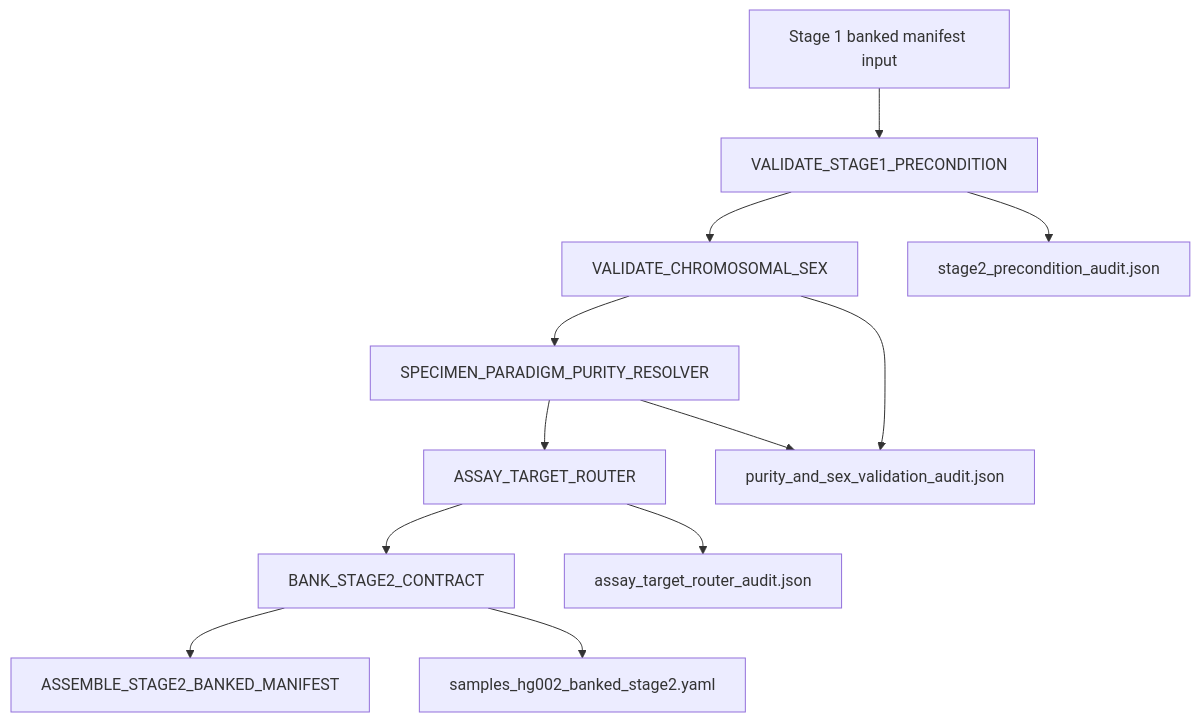
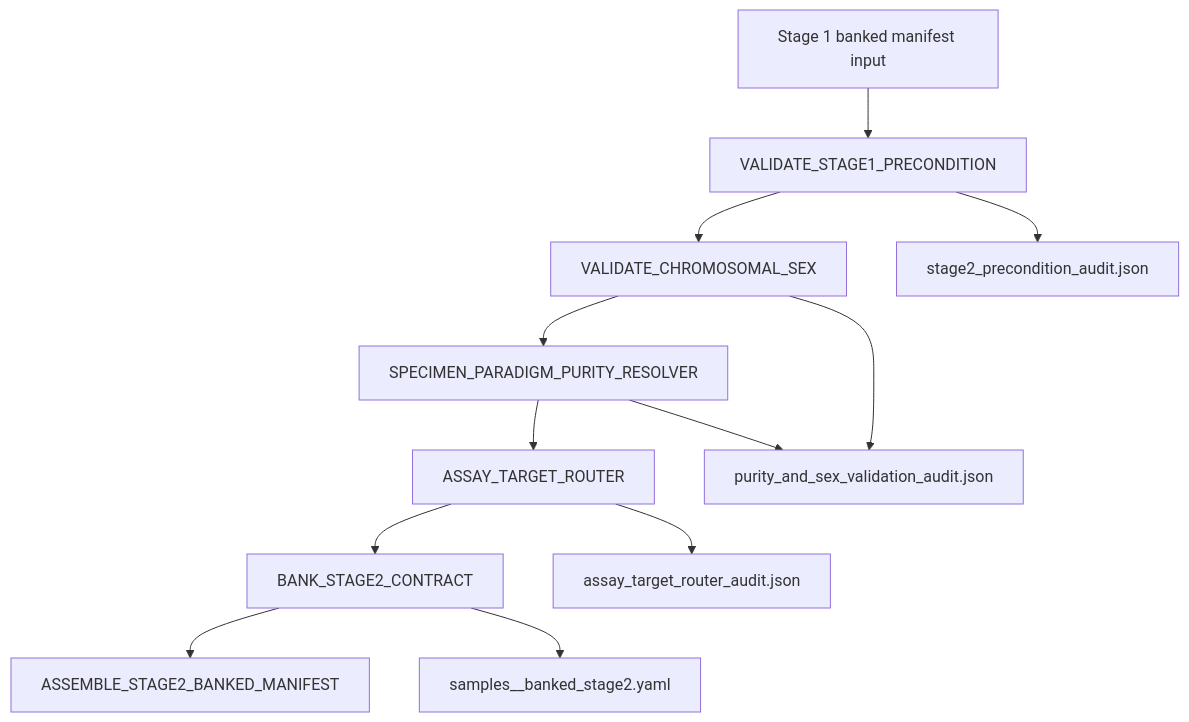
One commit to jmorganknight/nf_Gen_Var_Pipe changed the diagram in Stage_2_PostAlign_Sample_Validation_Gate/README.md. Above: the diagram before and after it, drawn with Mermaid. The commit also changed other lines of this file and 123 other files, not shown here.

````diff
--- a/Stage_2_PostAlign_Sample_Validation_Gate/README.md
+++ b/Stage_2_PostAlign_Sample_Validation_Gate/README.md
@@ -39,15 +39,15 @@
 ```mermaid
 flowchart TD
   A["Stage 1 banked manifest input"] --> B["VALIDATE_STAGE1_PRECONDITION"]
   B --> C["VALIDATE_CHROMOSOMAL_SEX"]
   C --> D["SPECIMEN_PARADIGM_PURITY_RESOLVER"]
   D --> E["ASSAY_TARGET_ROUTER"]
   E --> F["BANK_STAGE2_CONTRACT"]
   F --> G["ASSEMBLE_STAGE2_BANKED_MANIFEST"]
 
   B --> B1["stage2_precondition_audit.json"]
   C --> C1["purity_and_sex_validation_audit.json"]
     D --> C1
   E --> E1["assay_target_router_audit.json"]
-  F --> G1["samples_hg002_banked_stage2.yaml"]
+  F --> G1["samples_<sample_id>_banked_stage2.yaml"]
 ```
````
